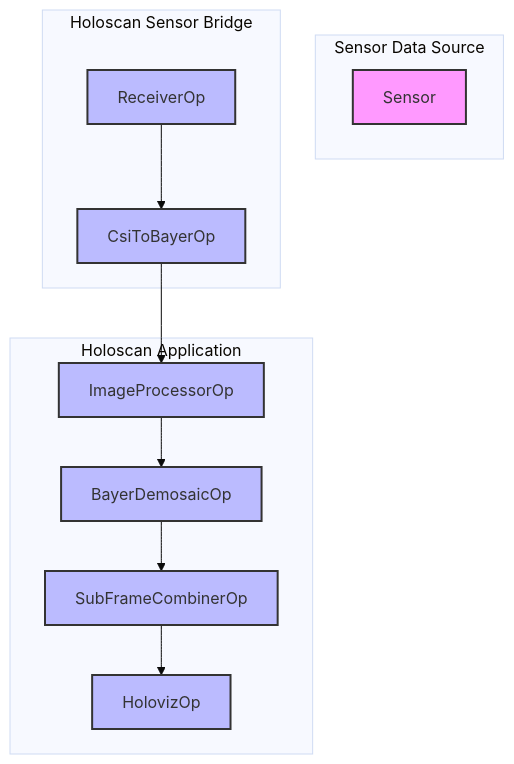
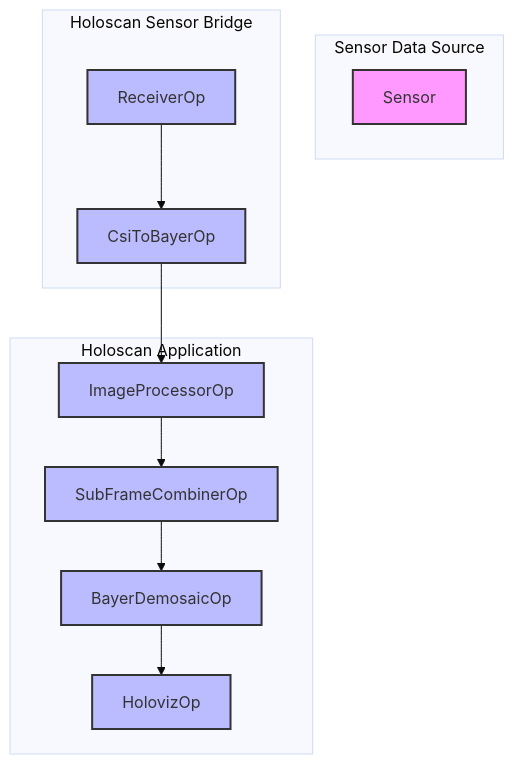
Before and after one commit to nvidia-holoscan/holoscan-sensor-bridge: the tenth of 11 diagrams in docs/user_guide/applications.mdx, drawn with Mermaid. The commit also changed other lines of this file and 1008 other files, not shown here.

````diff
--- a/docs/user_guide/applications.mdx
+++ b/docs/user_guide/applications.mdx
@@ -754,27 +843,27 @@
 ```mermaid
 %%{init: {"theme": "base", "themeVariables": { }} }%%
  
 graph TD
     subgraph Sensor Data Source
         S[Sensor]
     end
  
     subgraph Holoscan Sensor Bridge
         R[ReceiverOp] --> C[CsiToBayerOp]
     end
  
     subgraph Holoscan Application
         C --> I[ImageProcessorOp]
-        I --> D[BayerDemosaicOp]
-        D --> SC[SubFrameCombinerOp]
-        SC --> V[HolovizOp]
+        I --> SC[SubFrameCombinerOp]
+        SC --> D[BayerDemosaicOp]
+        D --> V[HolovizOp]
     end
  
     style S fill:#f9f,stroke:#333,stroke-width:2px
     style R fill:#bbf,stroke:#333,stroke-width:2px
     style C fill:#bbf,stroke:#333,stroke-width:2px
     style I fill:#bbf,stroke:#333,stroke-width:2px
     style D fill:#bbf,stroke:#333,stroke-width:2px
     style SC fill:#bbf,stroke:#333,stroke-width:2px
     style V fill:#bbf,stroke:#333,stroke-width:2px
 ```
````
